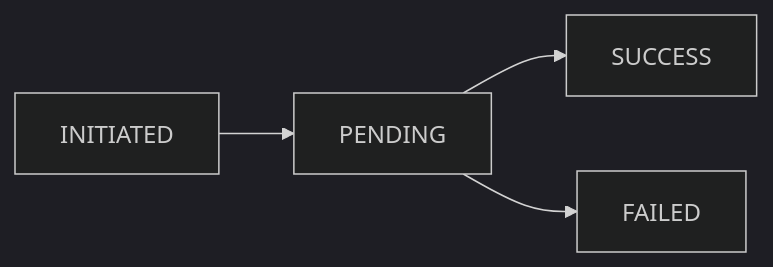
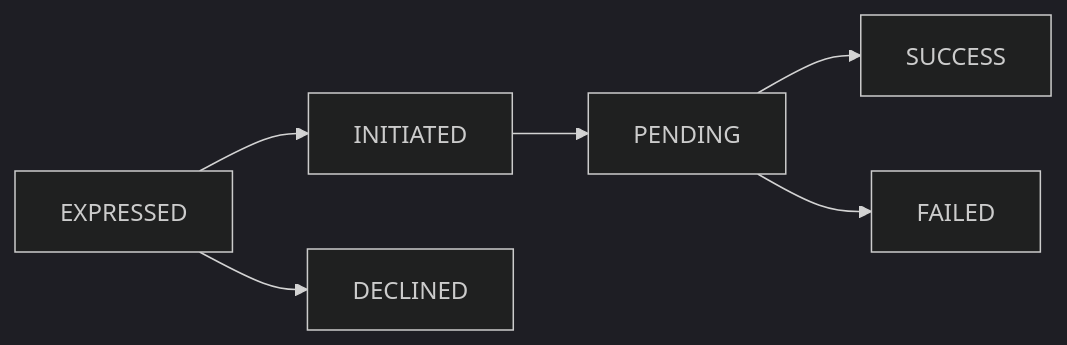
One commit to anu19981/aarokya-backend changed the third of 3 diagrams in api-reference/architecture/data-model.mdx. Above: the diagram before and after it, drawn with Mermaid (dark theme). The commit also changed other lines of this file and 90 other files, not shown here.

````diff
--- a/api-reference/architecture/data-model.mdx
+++ b/api-reference/architecture/data-model.mdx
@@ -302,7 +336,9 @@
 ```mermaid
 flowchart LR
-    A[INITIATED] --> B[PENDING]
+    E[EXPRESSED] --> A[INITIATED]
+    E --> F[DECLINED]
+    A --> B[PENDING]
     B --> C[SUCCESS]
     B --> D[FAILED]
 
 ```
````
